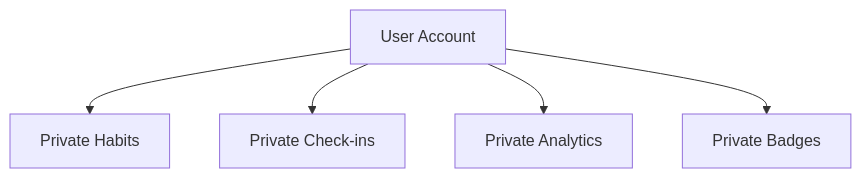
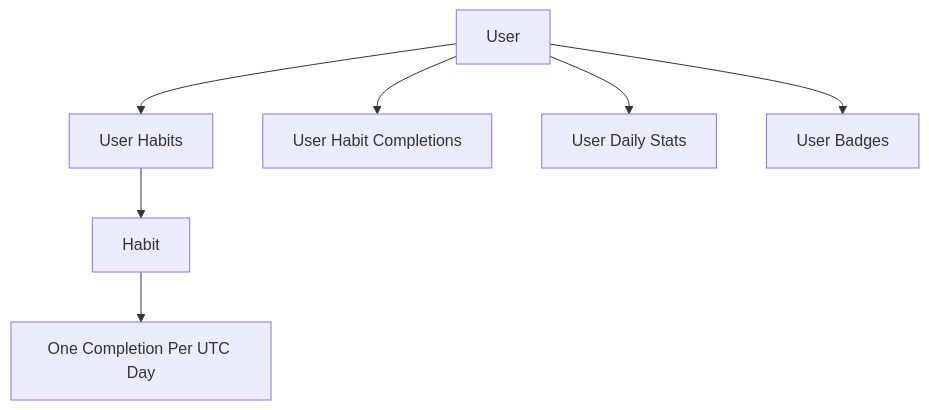
One commit to luckyr942/Consisly changed the third of 7 diagrams in README.md. Above: the diagram before and after it, drawn with Mermaid. The commit also changed other lines of this file and 3 other files, not shown here.

````diff
--- a/README.md
+++ b/README.md
@@ -47,7 +48,9 @@
 ```mermaid
 flowchart TD
-    User[User Account] --> Habits[Private Habits]
-    User --> Checkins[Private Check-ins]
-    User --> Stats[Private Analytics]
-    User --> Badges[Private Badges]
+    User[User] --> Habits[User Habits]
+    User --> Completions[User Habit Completions]
+    User --> Stats[User Daily Stats]
+    User --> Badges[User Badges]
+    Habits --> OneHabit[Habit]
+    OneHabit --> OneDay[One Completion Per UTC Day]
 ```
````
